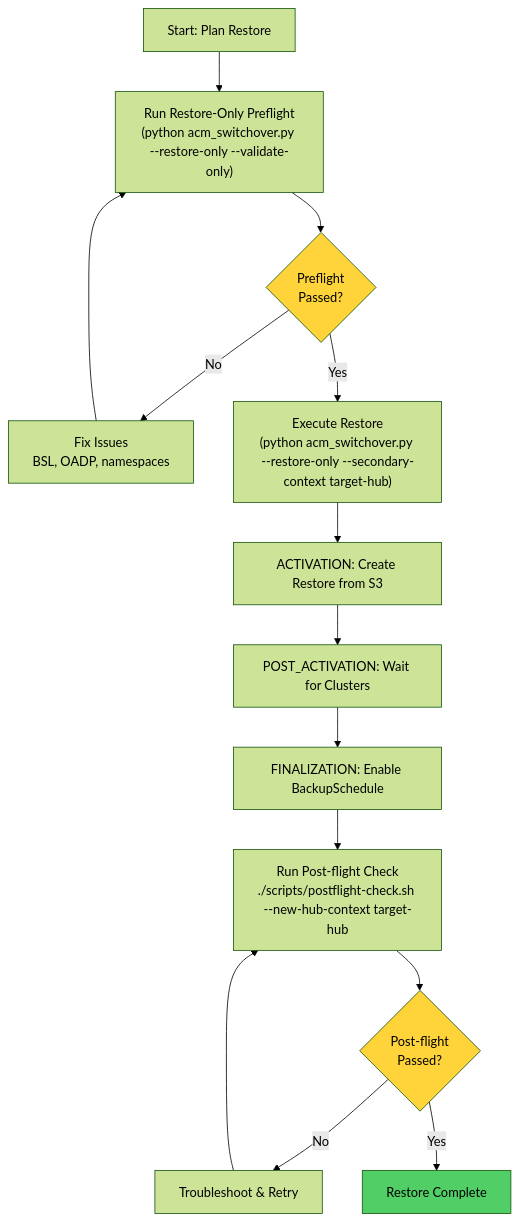
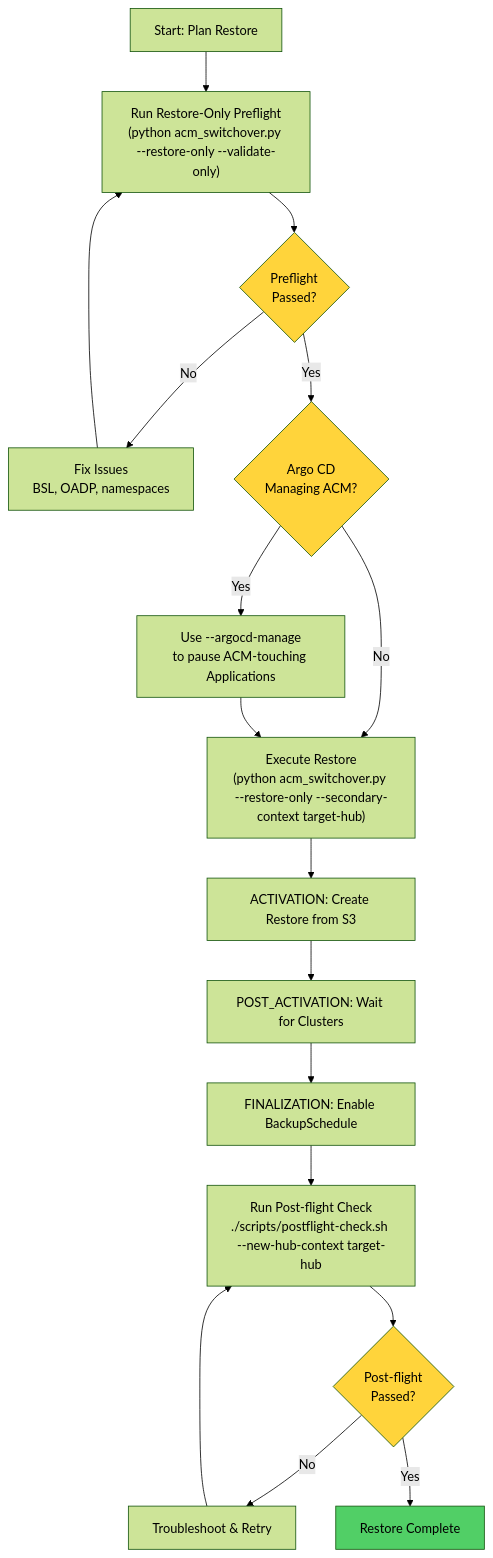
The seventh of 7 diagrams in scripts/README.md (tomazb/rh-acm-switchover), drawn with Mermaid (forest theme) before and after one commit. The commit also changed other lines of this file and 5 other files, not shown here.

````diff
--- a/scripts/README.md
+++ b/scripts/README.md
@@ -986,20 +996,24 @@
 ```mermaid
 graph TD
     A[Start: Plan Restore] --> B["Run Restore-Only Preflight<br/>(python acm_switchover.py --restore-only --validate-only)"]
     B --> C{Preflight<br/>Passed?}
     C -->|No| D[Fix Issues<br/>BSL, OADP, namespaces]
     D --> B
-    C -->|Yes| E["Execute Restore<br/>(python acm_switchover.py --restore-only --secondary-context target-hub)"]
-    E --> F[ACTIVATION: Create Restore from S3]
+    C -->|Yes| E{Argo CD<br/>Managing ACM?}
+    E -->|Yes| E2[Use --argocd-manage<br/>to pause ACM-touching Applications]
+    E -->|No| E3["Execute Restore<br/>(python acm_switchover.py --restore-only --secondary-context target-hub)"]
+    E2 --> E3
+    E3 --> F[ACTIVATION: Create Restore from S3]
     F --> G[POST_ACTIVATION: Wait for Clusters]
     G --> H[FINALIZATION: Enable BackupSchedule]
     H --> I[Run Post-flight Check<br/>./scripts/postflight-check.sh --new-hub-context target-hub]
     I --> J{Post-flight<br/>Passed?}
     J -->|No| K[Troubleshoot & Retry]
     K --> I
     J -->|Yes| L[Restore Complete]
 
     style C fill:#ffd43b
+    style E fill:#ffd43b
     style J fill:#ffd43b
     style L fill:#51cf66
 ```
````
